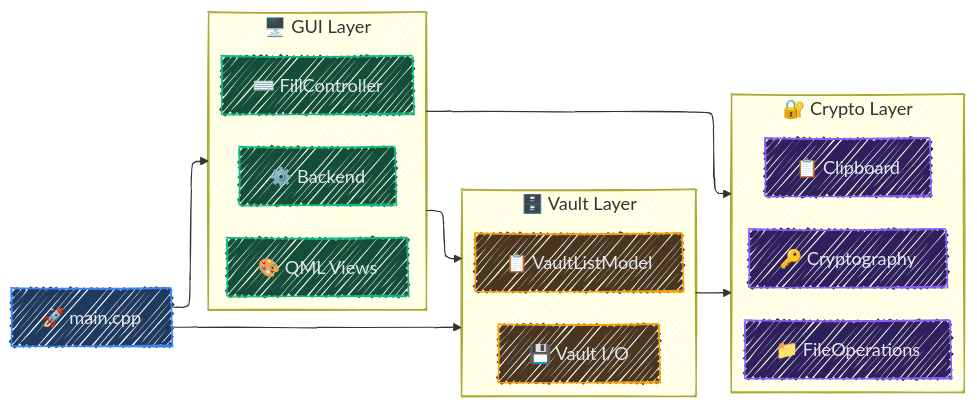
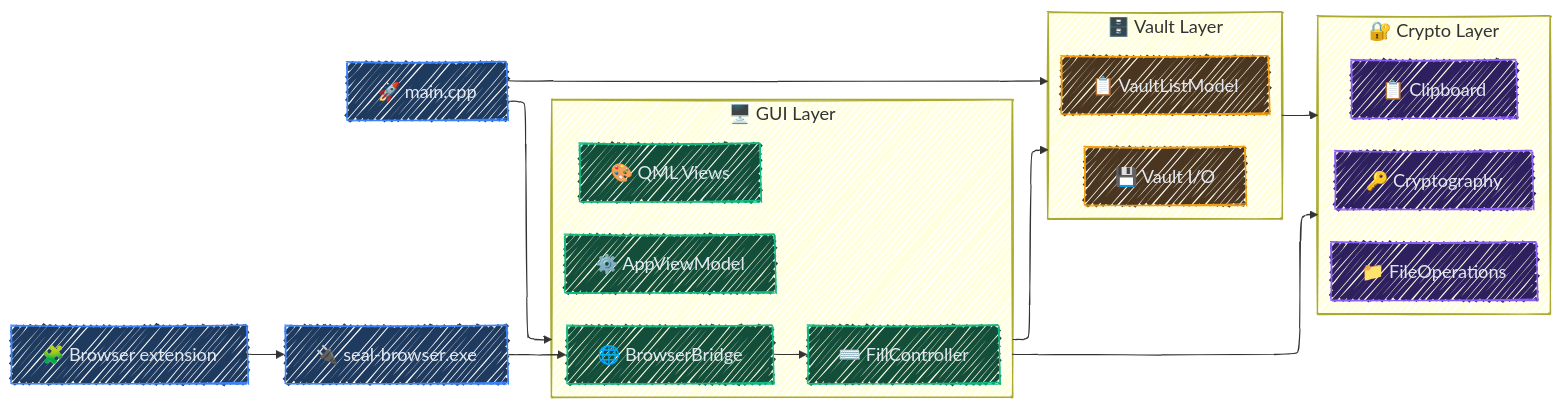
The third of 3 diagrams in README.md (lextpf/seal), drawn with Mermaid before and after one commit. The commit also changed other lines of this file, not shown here.

````diff
--- a/README.md
+++ b/README.md
@@ -352,40 +402,47 @@
 ```mermaid
 ---
 config:
   look: handDrawn
   theme: mc
   themeVariables:
     fontSize: 18px
   layout: elk
 ---
 graph LR
     classDef core fill:#1e3a5f,stroke:#3b82f6,color:#e2e8f0
     classDef gui fill:#134e3a,stroke:#10b981,color:#e2e8f0
     classDef vault fill:#4a3520,stroke:#f59e0b,color:#e2e8f0
     classDef crypto fill:#2e1f5e,stroke:#8b5cf6,color:#e2e8f0
 
     Main["🚀 main.cpp"]:::core
 
     subgraph GUI["🖥️ GUI Layer"]
-        Backend["⚙️ Backend"]:::gui
+        AppViewModel["⚙️ AppViewModel"]:::gui
         QML["🎨 QML Views"]:::gui
         Fill["⌨️ FillController"]:::gui
+        Bridge["🌐 BrowserBridge"]:::gui
     end
 
     subgraph Vault["🗄️ Vault Layer"]
         VaultModel["📋 VaultListModel"]:::vault
         VaultIO["💾 Vault I/O"]:::vault
     end
 
     subgraph Crypto["🔐 Crypto Layer"]
         Cryptography["🔑 Cryptography"]:::crypto
         FileOps["📁 FileOperations"]:::crypto
         Clipboard["📋 Clipboard"]:::crypto
     end
 
+    Ext["🧩 Browser extension"]:::core
+    Host["🔌 seal-browser.exe"]:::core
+
     Main --> GUI
     Main --> Vault
     GUI --> Vault
     Vault --> Crypto
     GUI --> Crypto
+    Ext --> Host
+    Host --> Bridge
+    Bridge --> Fill
 ```
````
